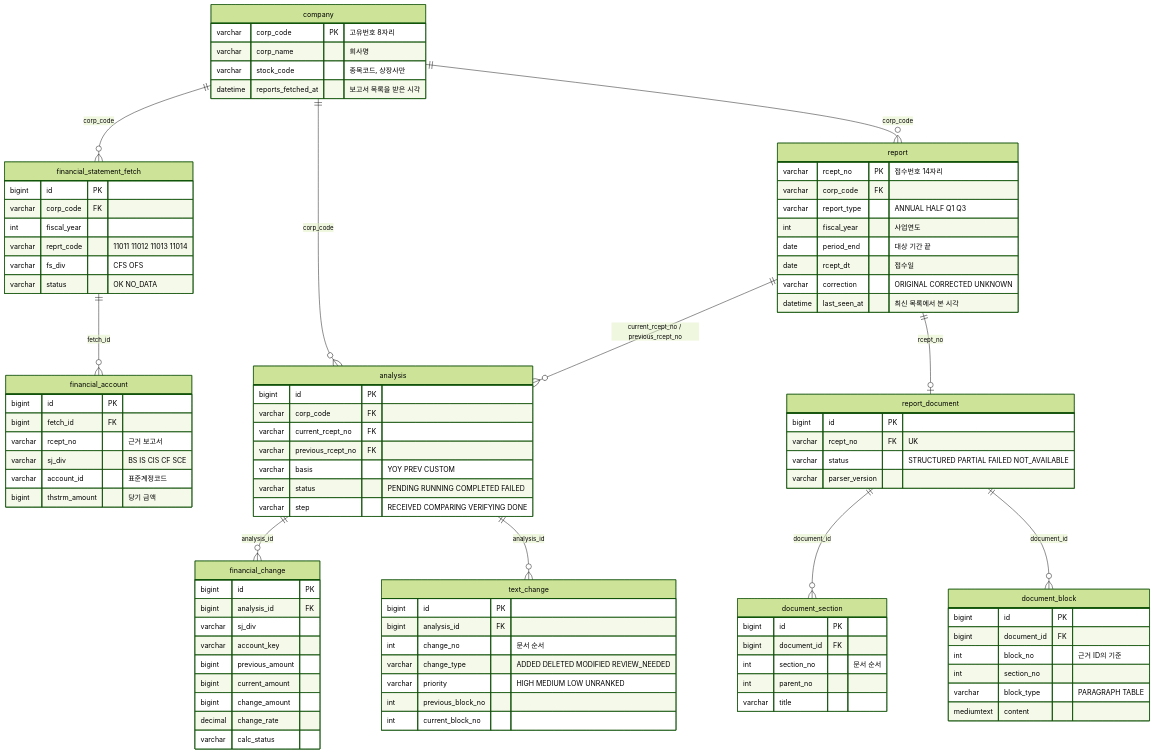
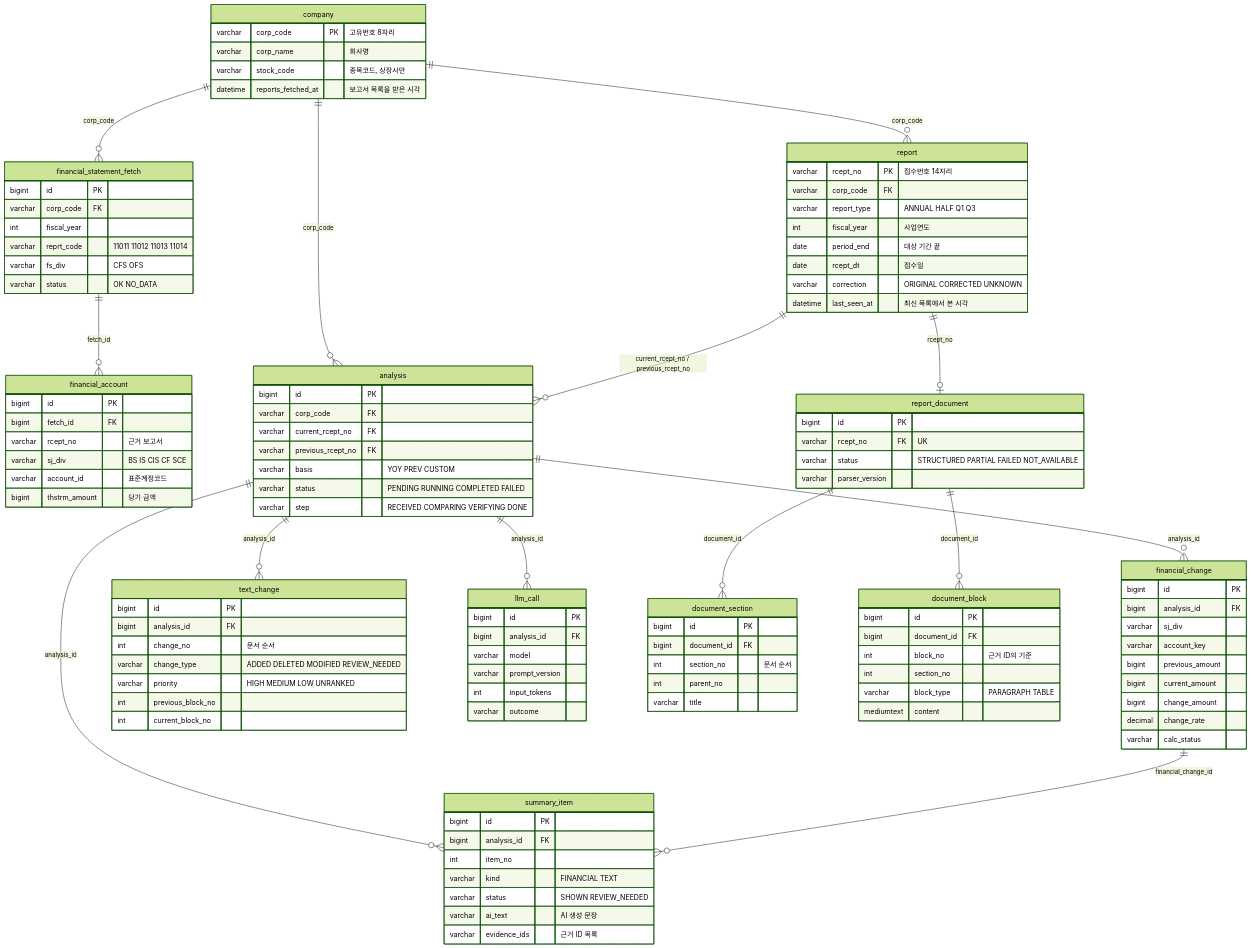
One commit to ShinhanDSProject/dart-insight changed the diagram in docs/erd.md. Above: the diagram before and after it, drawn with Mermaid (forest theme). The commit also changed other lines of this file and 43 other files, not shown here.

```diff
--- a/docs/erd.md
+++ b/docs/erd.md
@@ -38,6 +39,9 @@
     report ||--o{ analysis : "current_rcept_no / previous_rcept_no"
     analysis ||--o{ financial_change : "analysis_id"
     analysis ||--o{ text_change : "analysis_id"
+    analysis ||--o{ summary_item : "analysis_id"
+    financial_change ||--o{ summary_item : "financial_change_id"
+    analysis ||--o{ llm_call : "analysis_id"
     report ||--o| report_document : "rcept_no"
     report_document ||--o{ document_section : "document_id"
     report_document ||--o{ document_block : "document_id"
@@ -103,6 +107,23 @@
         int previous_block_no
         int current_block_no
     }
+    summary_item {
+        bigint id PK
+        bigint analysis_id FK
+        int item_no
+        varchar kind "FINANCIAL TEXT"
+        varchar status "SHOWN REVIEW_NEEDED"
+        varchar ai_text "AI 생성 문장"
+        varchar evidence_ids "근거 ID 목록"
+    }
+    llm_call {
+        bigint id PK
+        bigint analysis_id FK
+        varchar model
+        varchar prompt_version
+        int input_tokens
+        varchar outcome
+    }
     report_document {
         bigint id PK
         varchar rcept_no FK "UK"
```
